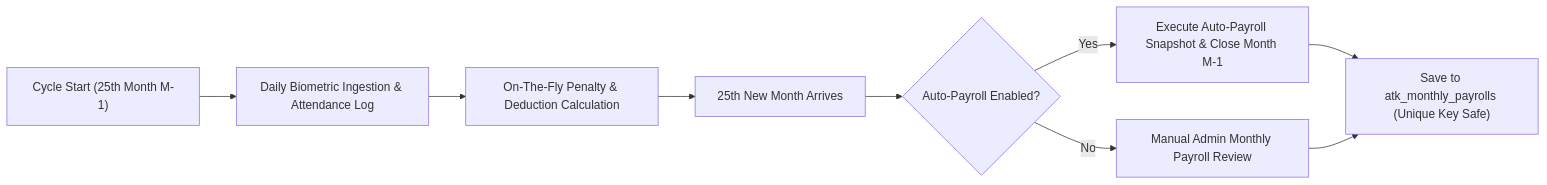
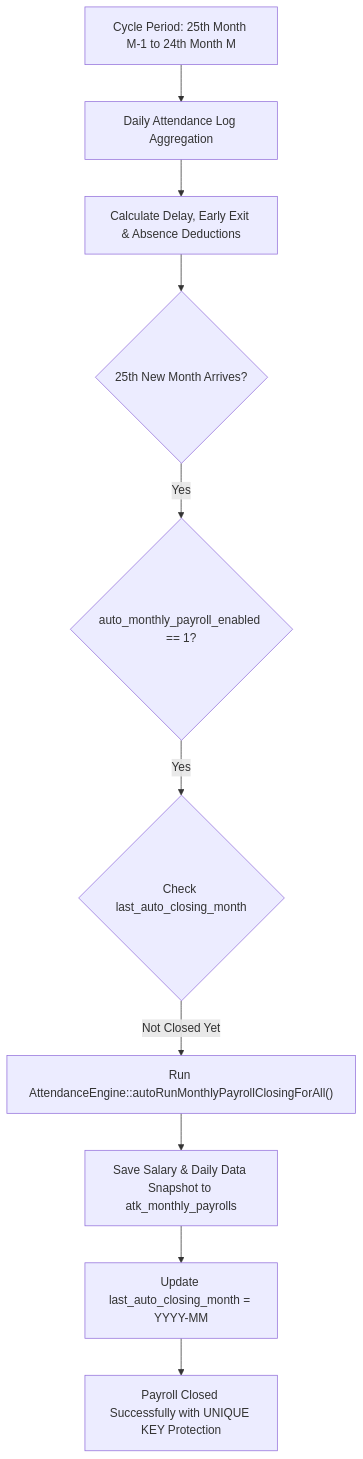
The third of 5 diagrams in README.md (mohaba7ri/hadir_app), drawn with Mermaid before and after one commit. The commit also changed other lines of this file, not shown here.

Commit message:
docs: upgrade README.md with executive badges, sequence diagrams, and API routing documentation

````diff
--- a/README.md
+++ b/README.md
@@ -63,11 +105,14 @@
 ```mermaid
-flowchart LR
-    A["Cycle Start (25th Month M-1)"] --> B["Daily Biometric Ingestion & Attendance Log"]
-    B --> C["On-The-Fly Penalty & Deduction Calculation"]
-    C --> D["25th New Month Arrives"]
-    D --> E{"Auto-Payroll Enabled?"}
-    E -- Yes --> F["Execute Auto-Payroll Snapshot & Close Month M-1"]
-    E -- No --> G["Manual Admin Monthly Payroll Review"]
-    F --> H["Save to atk_monthly_payrolls (Unique Key Safe)"]
-    G --> H
+flowchart TD
+    Start["Cycle Period: 25th Month M-1 to 24th Month M"] --> DailyLogs["Daily Attendance Log Aggregation"]
+    DailyLogs --> CalcPenalties["Calculate Delay, Early Exit & Absence Deductions"]
+    CalcPenalties --> SystemLoad{"25th New Month Arrives?"}
+    
+    SystemLoad -- Yes --> CheckSetting{"auto_monthly_payroll_enabled == 1?"}
+    CheckSetting -- Yes --> CheckAlreadyRun{"Check last_auto_closing_month"}
+    CheckAlreadyRun -- Not Closed Yet --> ExecuteEngine["Run AttendanceEngine::autoRunMonthlyPayrollClosingForAll()"]
+    
+    ExecuteEngine --> SaveSnapshot["Save Salary & Daily Data Snapshot to atk_monthly_payrolls"]
+    SaveSnapshot --> UpdateLastRun["Update last_auto_closing_month = YYYY-MM"]
+    UpdateLastRun --> Complete["Payroll Closed Successfully with UNIQUE KEY Protection"]
 ```
````
